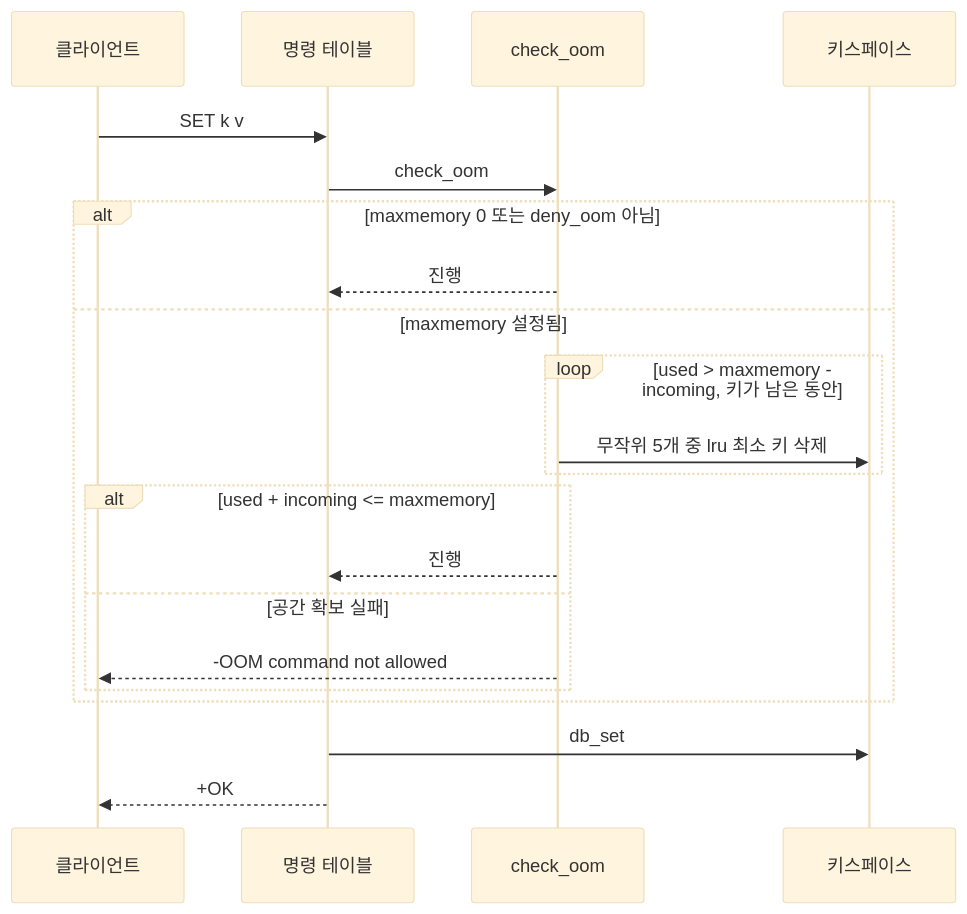
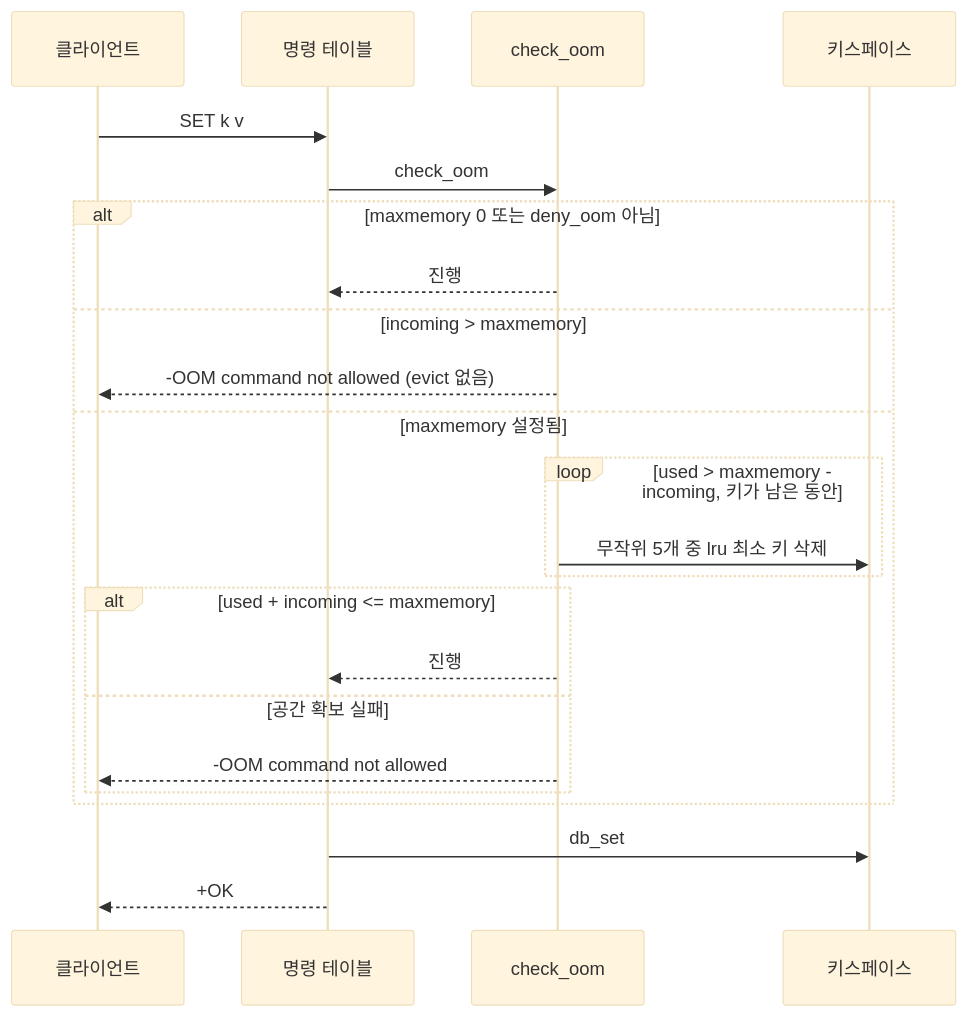
Before and after one commit to nini4746/mini-redis: the seventh of 12 diagrams in docs/SDS.md, drawn with Mermaid (base theme). The commit also changed other lines of this file and 4 other files, not shown here.

````diff
--- a/docs/SDS.md
+++ b/docs/SDS.md
@@ -430,23 +431,25 @@
 ```mermaid
 sequenceDiagram
     participant C as 클라이언트
     participant X as 명령 테이블
     participant E as check_oom
     participant D as 키스페이스
     C->>X: SET k v
     X->>E: check_oom
     alt maxmemory 0 또는 deny_oom 아님
         E-->>X: 진행
+    else incoming > maxmemory
+        E-->>C: -OOM command not allowed (evict 없음)
     else maxmemory 설정됨
         loop used > maxmemory - incoming, 키가 남은 동안
             E->>D: 무작위 5개 중 lru 최소 키 삭제
         end
         alt used + incoming <= maxmemory
             E-->>X: 진행
         else 공간 확보 실패
             E-->>C: -OOM command not allowed
         end
     end
     X->>D: db_set
     X-->>C: +OK
 ```
````
